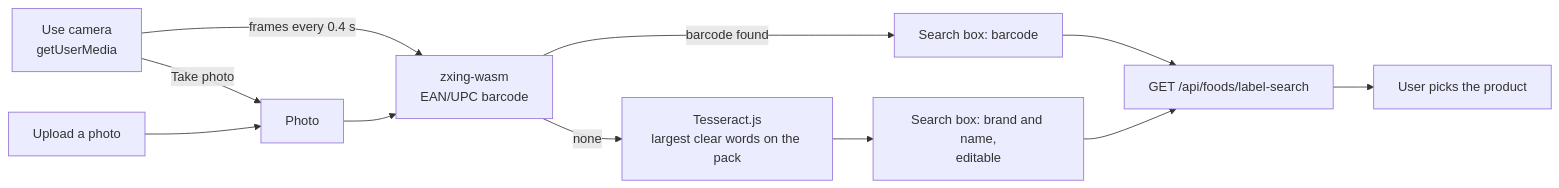
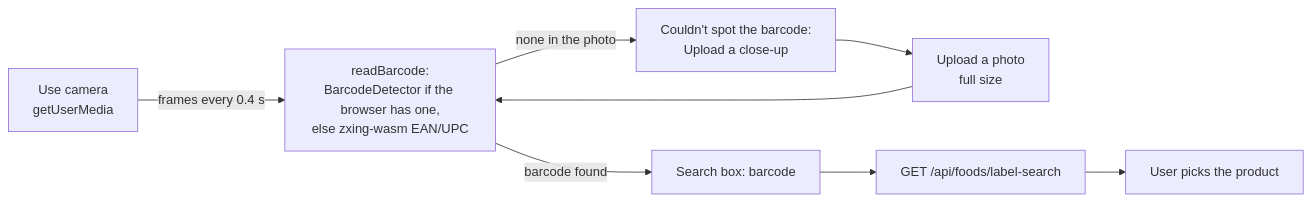
Before and after one commit to NeoAnushka21/tracker_poc: diagram 12 of 14 in docs/hld.md, drawn with Mermaid. The commit also changed other lines of this file and 15 other files, not shown here.

First line of the commit message:
Barcode only: full-size photo reading, close-up tip, website Packaged food

````diff
--- a/docs/hld.md
+++ b/docs/hld.md
@@ -298,13 +298,10 @@
 ```mermaid
 flowchart LR
-    CAM[Use camera<br/>getUserMedia] -->|frames every 0.4 s| ZX[zxing-wasm<br/>EAN/UPC barcode]
-    CAM -->|Take photo| PH[Photo]
-    UP[Upload a photo] --> PH
-    PH --> ZX
-    ZX -->|barcode found| Q[Search box: barcode]
-    ZX -->|none| OCR[Tesseract.js<br/>largest clear words on the pack]
-    OCR --> Q2[Search box: brand and name,<br/>editable]
+    CAM[Use camera<br/>getUserMedia] -->|frames every 0.4 s| RD
+    UP[Upload a photo<br/>full size] --> RD[readBarcode:<br/>BarcodeDetector if the browser has one,<br/>else zxing-wasm EAN/UPC]
+    RD -->|barcode found| Q[Search box: barcode]
+    RD -->|none in the photo| TIP[Couldn't spot the barcode:<br/>Upload a close-up]
+    TIP --> UP
     Q --> LS[GET /api/foods/label-search]
-    Q2 --> LS
     LS --> PICK[User picks the product]
 ```
````
